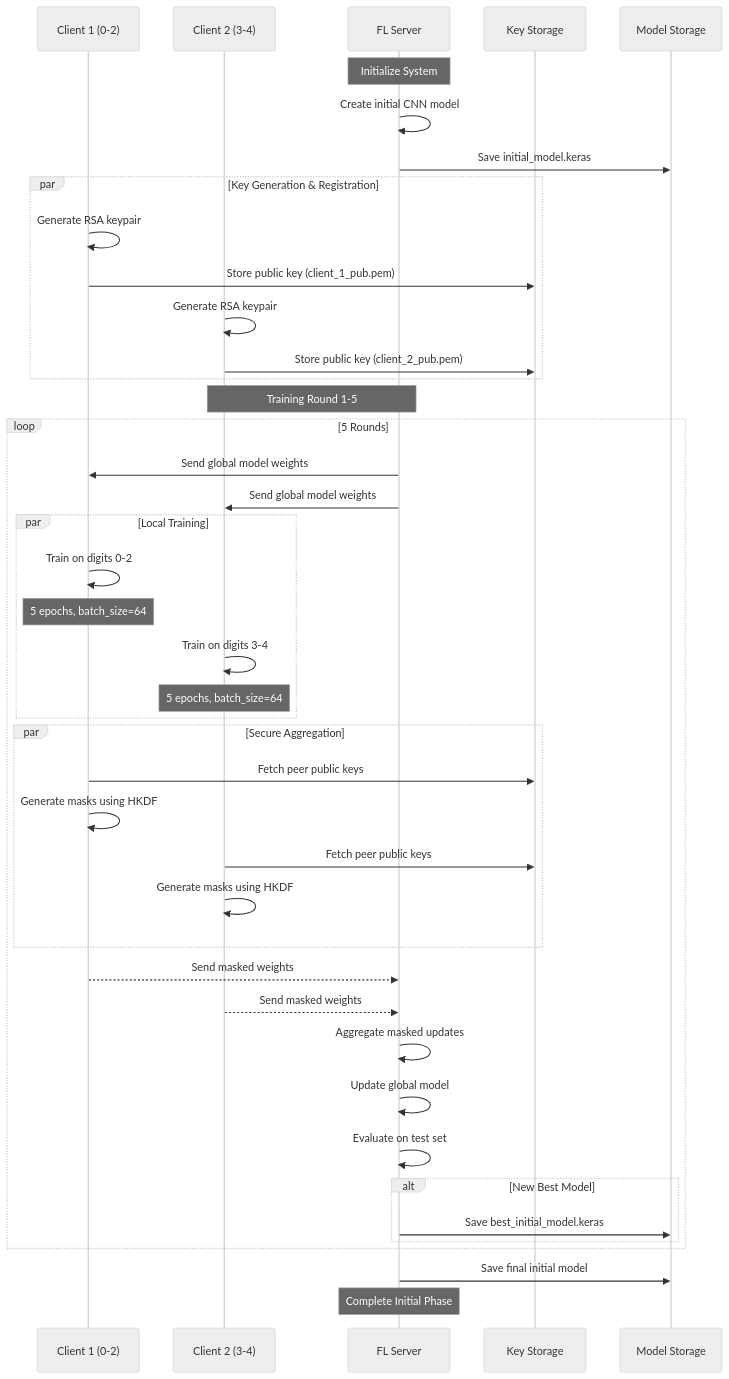
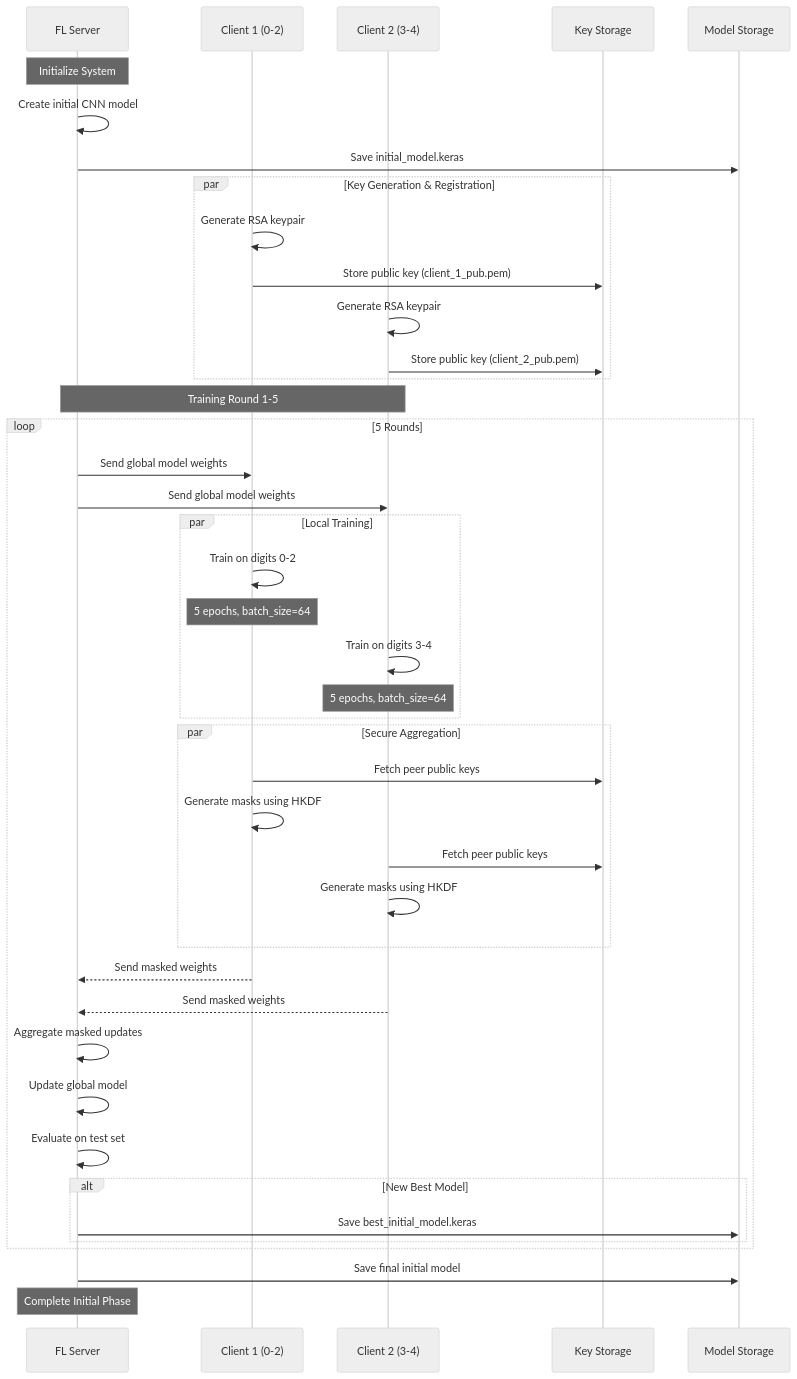
One commit to tranlybuu/Federated-Learning changed the diagram in INITIAL_PHASE.md. Above: the diagram before and after it, drawn with Mermaid (neutral theme). The commit also changed other lines of this file, not shown here.

````diff
--- a/INITIAL_PHASE.md
+++ b/INITIAL_PHASE.md
@@ -1,52 +1,52 @@
 ```mermaid
 sequenceDiagram
+    participant S as FL Server
     participant C1 as Client 1 (0-2)
     participant C2 as Client 2 (3-4)
-    participant S as FL Server
     participant KS as Key Storage
     participant MS as Model Storage
 
     Note over S: Initialize System
     S->>S: Create initial CNN model
     S->>MS: Save initial_model.keras
     
     par Key Generation & Registration
         C1->>C1: Generate RSA keypair
         C1->>KS: Store public key (client_1_pub.pem)
         C2->>C2: Generate RSA keypair
         C2->>KS: Store public key (client_2_pub.pem)
     end
 
     Note over S,C2: Training Round 1-5
     loop 5 Rounds
         S->>C1: Send global model weights
         S->>C2: Send global model weights
         
         par Local Training
             C1->>C1: Train on digits 0-2
             Note over C1: 5 epochs, batch_size=64
             C2->>C2: Train on digits 3-4 
             Note over C2: 5 epochs, batch_size=64
         end
 
         par Secure Aggregation
             C1->>KS: Fetch peer public keys
             C1->>C1: Generate masks using HKDF
             C2->>KS: Fetch peer public keys
             C2->>C2: Generate masks using HKDF
         end
 
         C1-->>S: Send masked weights
         C2-->>S: Send masked weights
 
         S->>S: Aggregate masked updates
         S->>S: Update global model
         S->>S: Evaluate on test set
         alt New Best Model
             S->>MS: Save best_initial_model.keras
         end
     end
 
     S->>MS: Save final initial model
     Note over S: Complete Initial Phase
 ```
````
